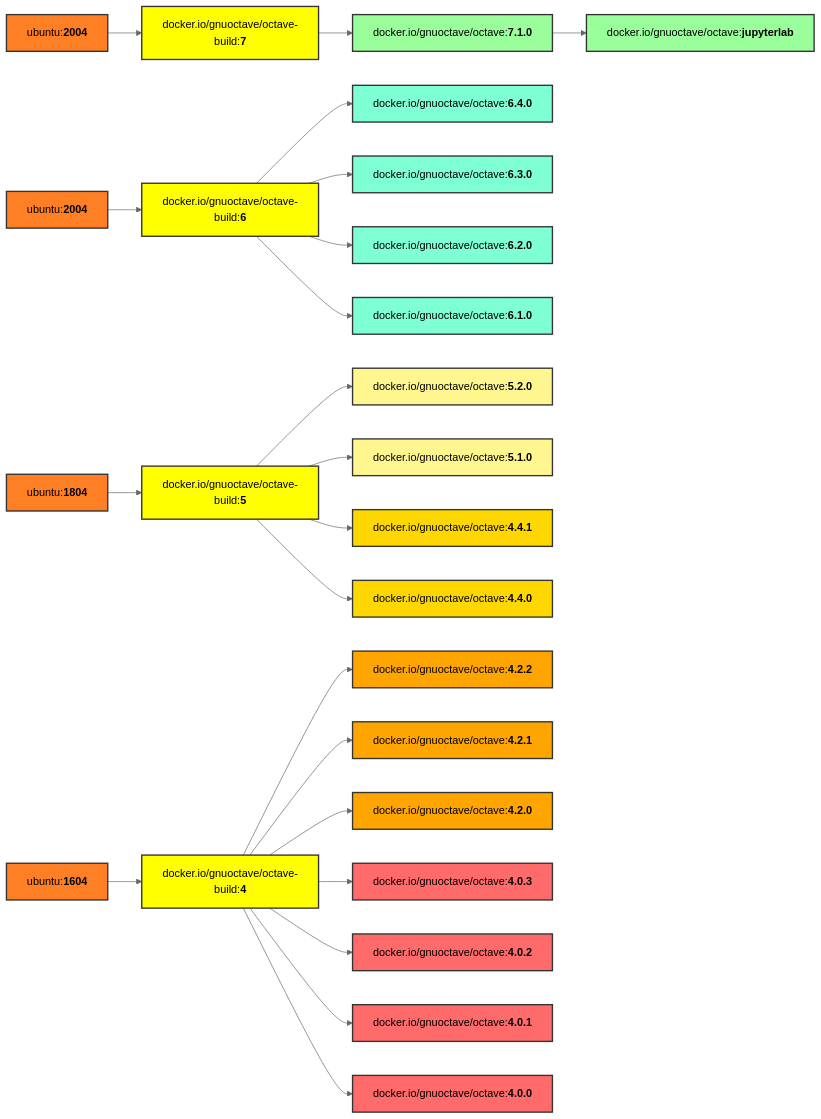
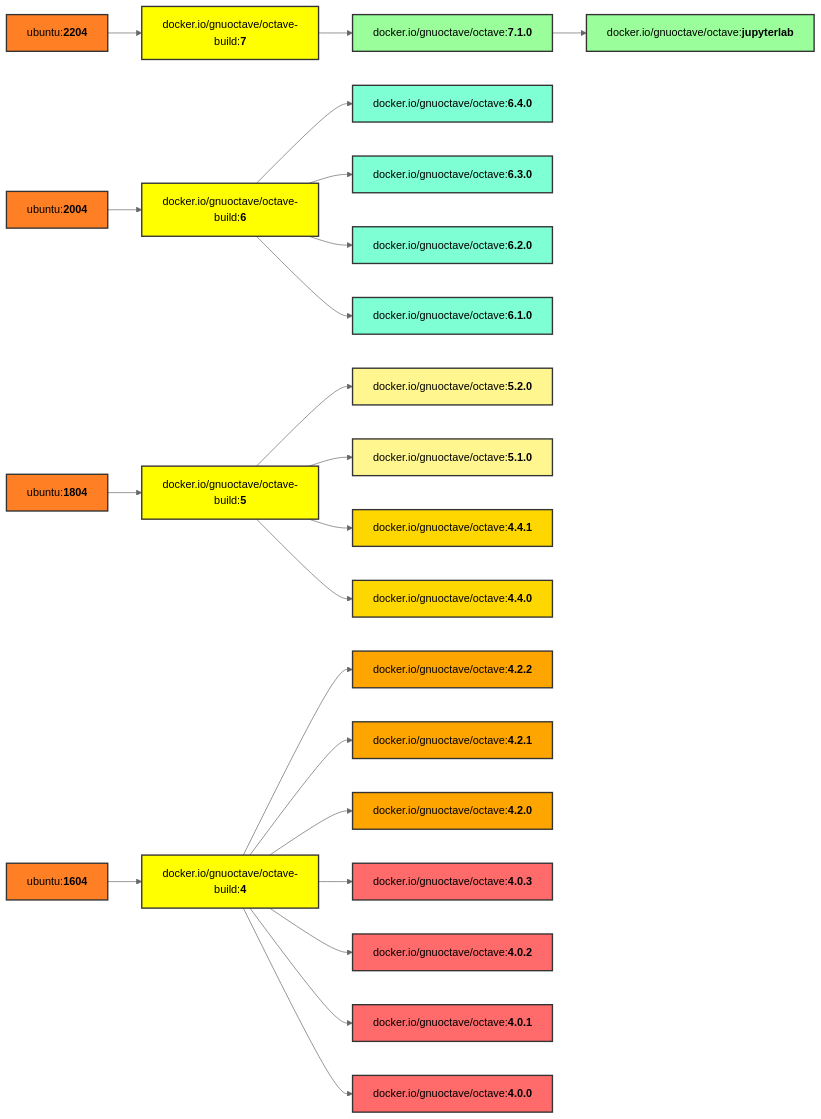
Before and after one commit to gnu-octave/docker: the diagram in README.md, drawn with Mermaid (neutral theme).

Commit message:
Fix diagram: 7.1.0 is on Ubuntu 22.04

````diff
--- a/README.md
+++ b/README.md
@@ -26,57 +26,57 @@
 ```mermaid
 graph LR
-    U4[ubuntu:<b>2004</b>] --> b7[docker.io/gnuoctave/octave-build:<b>7</b>];
+    U4[ubuntu:<b>2204</b>] --> b7[docker.io/gnuoctave/octave-build:<b>7</b>];
     U3[ubuntu:<b>2004</b>] --> b6[docker.io/gnuoctave/octave-build:<b>6</b>];
     U2[ubuntu:<b>1804</b>] --> b5[docker.io/gnuoctave/octave-build:<b>5</b>];
     U1[ubuntu:<b>1604</b>] --> b4[docker.io/gnuoctave/octave-build:<b>4</b>];
     b7 --> v710[docker.io/gnuoctave/octave:<b>7.1.0</b>];
     b6 --> v640[docker.io/gnuoctave/octave:<b>6.4.0</b>];
     b6 --> v630[docker.io/gnuoctave/octave:<b>6.3.0</b>];
     b6 --> v620[docker.io/gnuoctave/octave:<b>6.2.0</b>];
     b6 --> v610[docker.io/gnuoctave/octave:<b>6.1.0</b>];
     b5 --> v520[docker.io/gnuoctave/octave:<b>5.2.0</b>];
     b5 --> v510[docker.io/gnuoctave/octave:<b>5.1.0</b>];
     b5 --> v441[docker.io/gnuoctave/octave:<b>4.4.1</b>];
     b5 --> v440[docker.io/gnuoctave/octave:<b>4.4.0</b>];
     b4 --> v422[docker.io/gnuoctave/octave:<b>4.2.2</b>];
     b4 --> v421[docker.io/gnuoctave/octave:<b>4.2.1</b>];
     b4 --> v420[docker.io/gnuoctave/octave:<b>4.2.0</b>];
     b4 --> v403[docker.io/gnuoctave/octave:<b>4.0.3</b>];
     b4 --> v402[docker.io/gnuoctave/octave:<b>4.0.2</b>];
     b4 --> v401[docker.io/gnuoctave/octave:<b>4.0.1</b>];
     b4 --> v400[docker.io/gnuoctave/octave:<b>4.0.0</b>];
     v710 --> jl[docker.io/gnuoctave/octave:<b>jupyterlab</b>];
     classDef U fill:#ff7f24,stroke:#333,stroke-width:2px;
     class U1 U;
     class U2 U;
     class U3 U;
     class U4 U;
     classDef b fill:#ff0,stroke:#333,stroke-width:2px;
     class b4 b;
     class b5 b;
     class b6 b;
     class b7 b;
     classDef age1 fill:#9aff9a,stroke:#333,stroke-width:2px;
     classDef age2 fill:#7fffd4,stroke:#333,stroke-width:2px;
     classDef age3 fill:#fff68f,stroke:#333,stroke-width:2px;
     classDef age4 fill:#ffd700,stroke:#333,stroke-width:2px;
     classDef age5 fill:#ffa500,stroke:#333,stroke-width:2px;
     classDef age6 fill:#ff6a6a,stroke:#333,stroke-width:2px;
     class jl age1;
     class v710 age1;
     class v640 age2;
     class v630 age2;
     class v620 age2;
     class v610 age2;
     class v520 age3;
     class v510 age3;
     class v441 age4;
     class v440 age4;
     class v422 age5;
     class v421 age5;
     class v420 age5;
     class v403 age6;
     class v402 age6;
     class v401 age6;
     class v400 age6;
 ```
````
